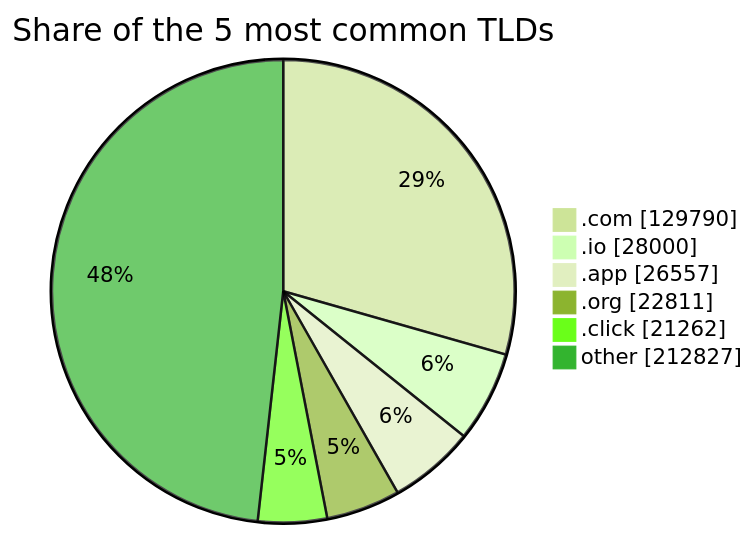
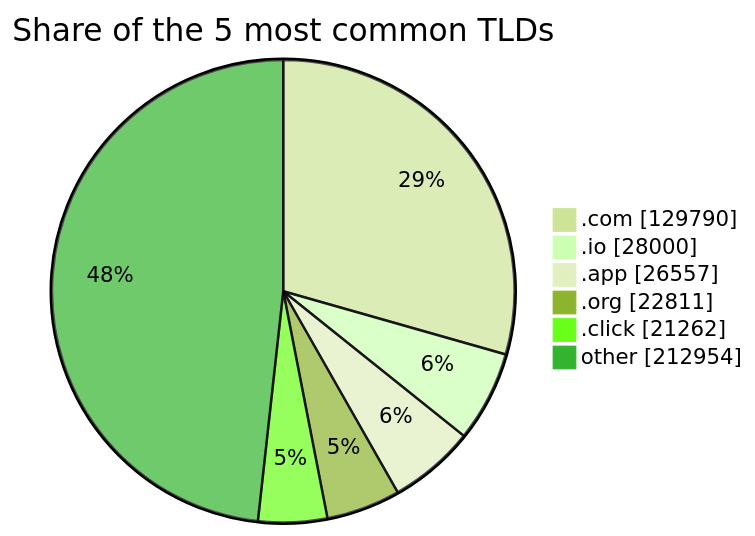
Before and after one commit to DNSBunker/CTI: the third of 3 diagrams in README.md, drawn with Mermaid (forest theme). The commit also changed other lines of this file and 3 other files, not shown here.

````diff
--- a/README.md
+++ b/README.md
@@ -81,9 +81,9 @@
 ```mermaid
 pie showData title Share of the 5 most common TLDs
     ".com" : 129790
     ".io" : 28000
     ".app" : 26557
     ".org" : 22811
     ".click" : 21262
-    "other" : 212827
+    "other" : 212954
 ```
````
